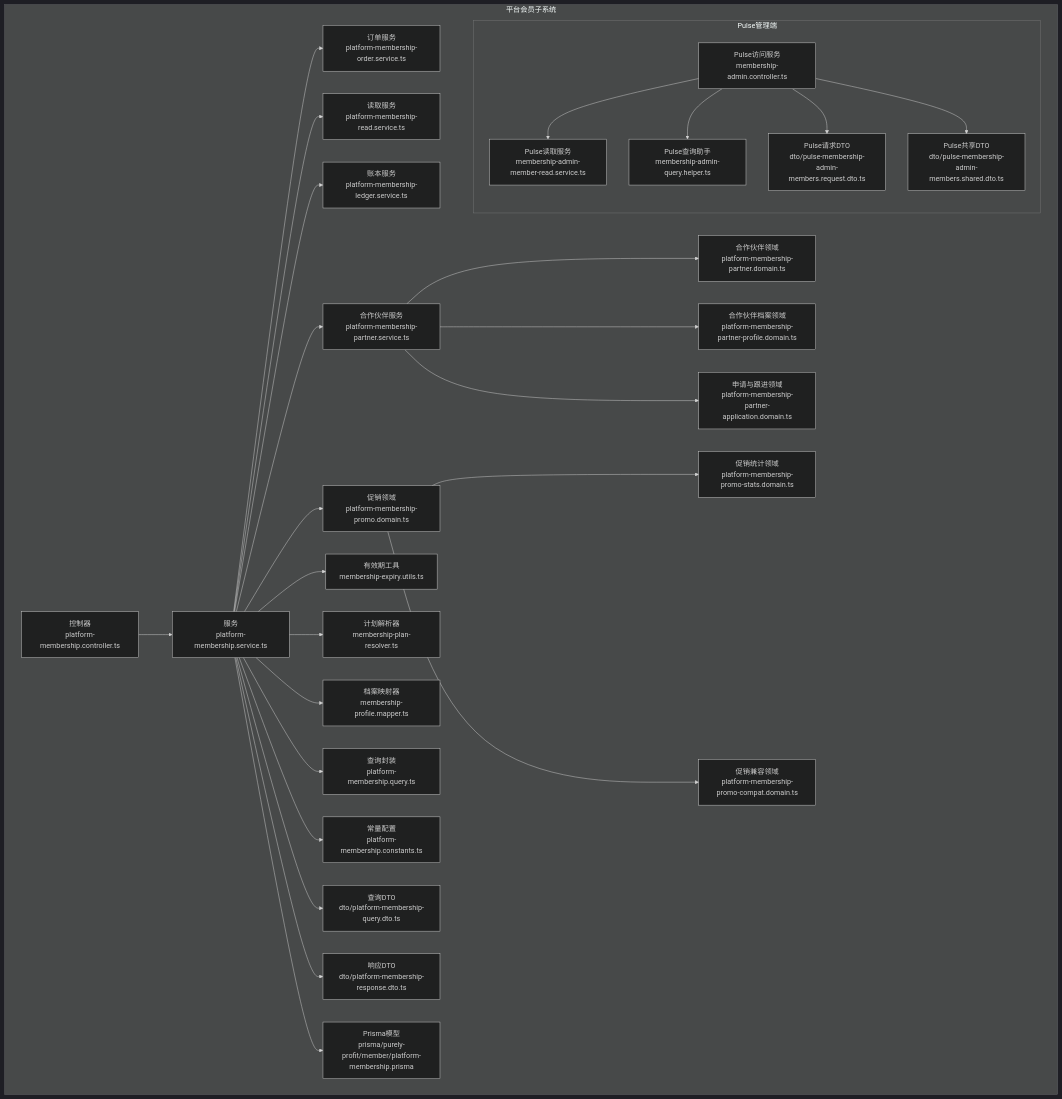
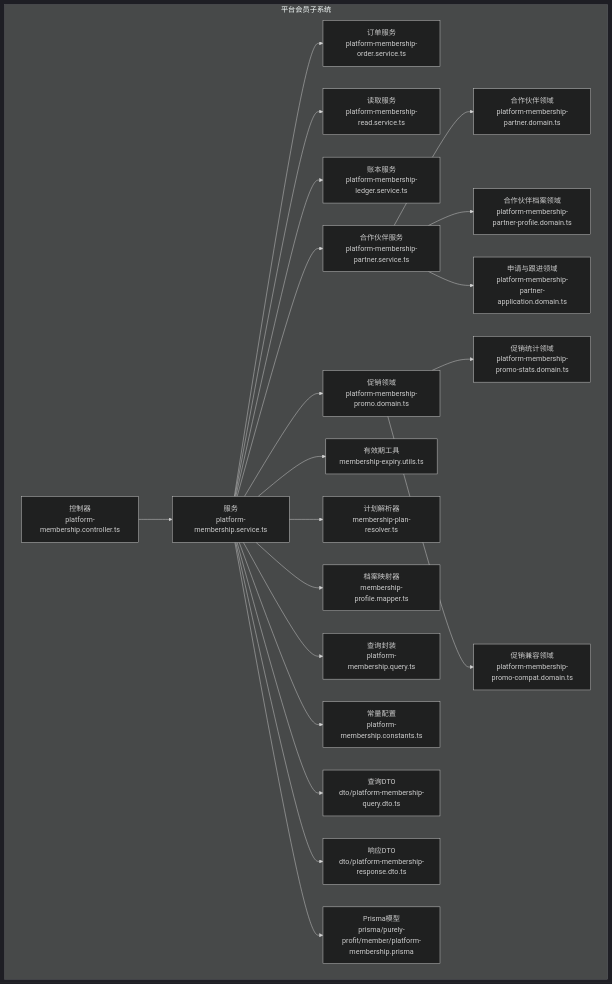
Before and after one commit to rc558620/purelyprofit-server: the first of 11 diagrams in .qoder/repowiki/zh/content/业务模块/会员管理模块/平台会员管理.md, drawn with Mermaid (dark theme). The commit also changed other lines of this file and 8 other files, not shown here.

````diff
--- a/.qoder/repowiki/zh/content/业务模块/会员管理模块/平台会员管理.md
+++ b/.qoder/repowiki/zh/content/业务模块/会员管理模块/平台会员管理.md
@@ -69,55 +68,44 @@
 ```mermaid
 graph TB
 subgraph "平台会员子系统"
 C["控制器<br/>platform-membership.controller.ts"]
 S["服务<br/>platform-membership.service.ts"]
 OS["订单服务<br/>platform-membership-order.service.ts"]
 RS["读取服务<br/>platform-membership-read.service.ts"]
 LS["账本服务<br/>platform-membership-ledger.service.ts"]
 PS["合作伙伴服务<br/>platform-membership-partner.service.ts"]
 PD["合作伙伴领域<br/>platform-membership-partner.domain.ts"]
 PP["合作伙伴档案领域<br/>platform-membership-partner-profile.domain.ts"]
 PA["申请与跟进领域<br/>platform-membership-partner-application.domain.ts"]
 PR["促销领域<br/>platform-membership-promo.domain.ts"]
 PRC["促销兼容领域<br/>platform-membership-promo-compat.domain.ts"]
 PRS["促销统计领域<br/>platform-membership-promo-stats.domain.ts"]
 EX["有效期工具<br/>membership-expiry.utils.ts"]
 MR["计划解析器<br/>membership-plan-resolver.ts"]
 MP["档案映射器<br/>membership-profile.mapper.ts"]
 Q["查询封装<br/>platform-membership.query.ts"]
 ST["常量配置<br/>platform-membership.constants.ts"]
 DTOQ["查询DTO<br/>dto/platform-membership-query.dto.ts"]
 DTOR["响应DTO<br/>dto/platform-membership-response.dto.ts"]
 D["Prisma模型<br/>prisma/purely-profit/member/platform-membership.prisma"]
-subgraph "Pulse管理端"
-PAC["Pulse访问服务<br/>membership-admin.controller.ts"]
-PAR["Pulse读取服务<br/>membership-admin-member-read.service.ts"]
-PAQ["Pulse查询助手<br/>membership-admin-query.helper.ts"]
-PARD["Pulse请求DTO<br/>dto/pulse-membership-admin-members.request.dto.ts"]
-PASD["Pulse共享DTO<br/>dto/pulse-membership-admin-members.shared.dto.ts"]
-end
 end
 C --> S
 S --> OS
 S --> RS
 S --> LS
 S --> PS
 PS --> PD
 PS --> PP
 PS --> PA
 S --> PR
 PR --> PRS
 PR --> PRC
 S --> EX
 S --> MR
 S --> MP
 S --> Q
 S --> ST
 S --> DTOQ
 S --> DTOR
 S --> D
-PAC --> PAR
-PAC --> PAQ
-PAC --> PARD
-PAC --> PASD
 ```
````
